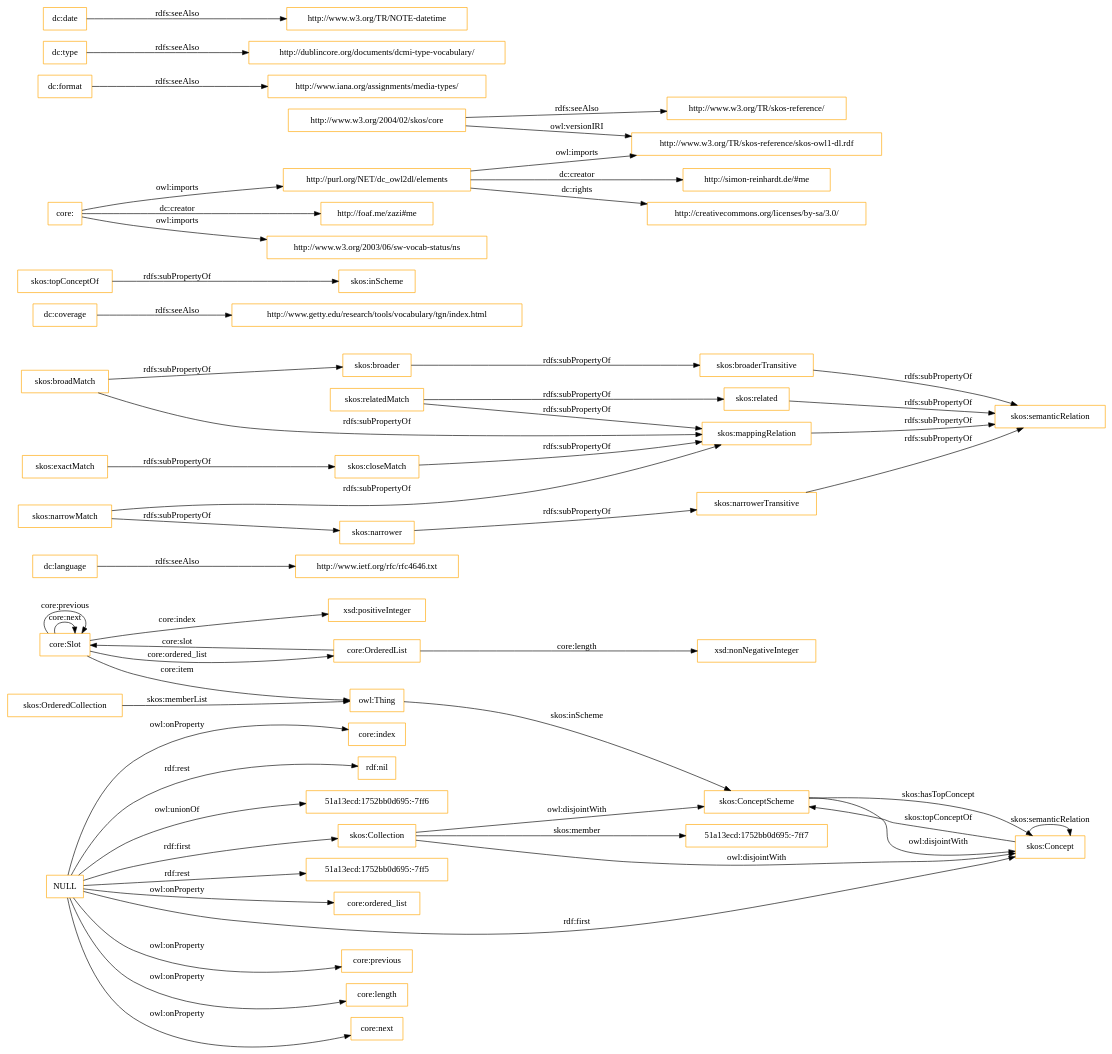
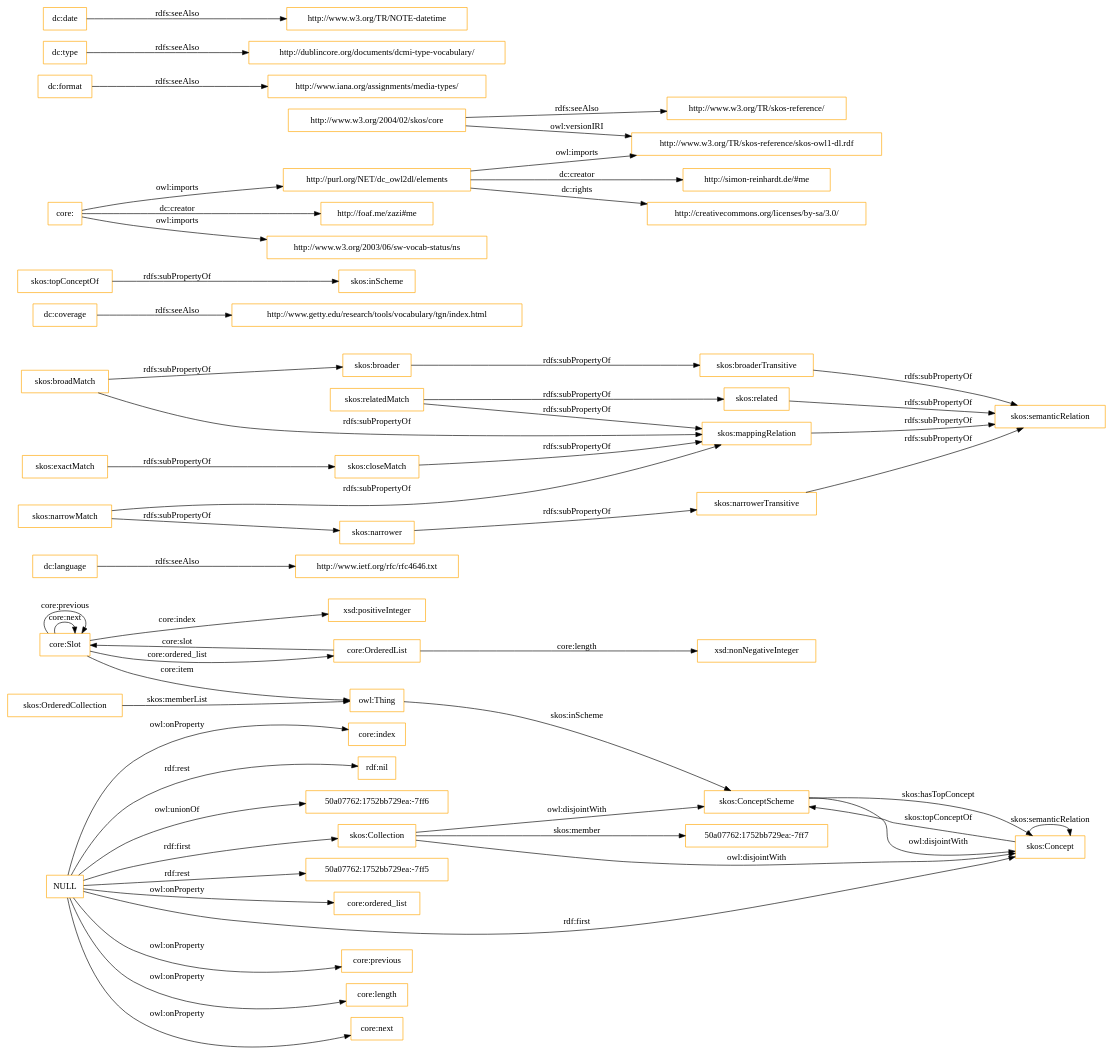
One commit to OnToologyUser/core-ontology-1 changed the diagram in OnToology/imports/core.owl/diagrams/ar2dtool-class/core.owl.png.dot. Above: the diagram before and after it, drawn with Graphviz. The commit also changed 14 other files, not shown here.

```diff
--- a/OnToology/imports/core.owl/diagrams/ar2dtool-class/core.owl.png.dot
+++ b/OnToology/imports/core.owl/diagrams/ar2dtool-class/core.owl.png.dot
@@ -1,60 +1,60 @@
 digraph ar2dtool_diagram { 
 rankdir=LR;
 size="1501"
-node [shape = rectangle, color="orange"]; "core:Slot" "core:OrderedList" "51a13ecd:1752bb0d695:-7ff7" "skos:OrderedCollection" "skos:Collection" "skos:ConceptScheme" "skos:Concept" ; /*classes style*/
+node [shape = rectangle, color="orange"]; "core:Slot" "core:OrderedList" "50a07762:1752bb729ea:-7ff7" "skos:OrderedCollection" "skos:Collection" "skos:ConceptScheme" "skos:Concept" ; /*classes style*/
 	"dc:language" -> "http://www.ietf.org/rfc/rfc4646.txt" [ label = "rdfs:seeAlso" ];
 	"NULL" -> "core:previous" [ label = "owl:onProperty" ];
 	"NULL" -> "core:length" [ label = "owl:onProperty" ];
 	"NULL" -> "skos:Concept" [ label = "rdf:first" ];
 	"NULL" -> "core:next" [ label = "owl:onProperty" ];
 	"NULL" -> "core:index" [ label = "owl:onProperty" ];
 	"NULL" -> "rdf:nil" [ label = "rdf:rest" ];
-	"NULL" -> "51a13ecd:1752bb0d695:-7ff6" [ label = "owl:unionOf" ];
-	"NULL" -> "51a13ecd:1752bb0d695:-7ff5" [ label = "rdf:rest" ];
+	"NULL" -> "50a07762:1752bb729ea:-7ff6" [ label = "owl:unionOf" ];
+	"NULL" -> "50a07762:1752bb729ea:-7ff5" [ label = "rdf:rest" ];
 	"NULL" -> "core:ordered_list" [ label = "owl:onProperty" ];
 	"NULL" -> "skos:Collection" [ label = "rdf:first" ];
 	"skos:closeMatch" -> "skos:mappingRelation" [ label = "rdfs:subPropertyOf" ];
 	"dc:coverage" -> "http://www.getty.edu/research/tools/vocabulary/tgn/index.html" [ label = "rdfs:seeAlso" ];
 	"skos:relatedMatch" -> "skos:related" [ label = "rdfs:subPropertyOf" ];
 	"skos:relatedMatch" -> "skos:mappingRelation" [ label = "rdfs:subPropertyOf" ];
 	"skos:ConceptScheme" -> "skos:Concept" [ label = "owl:disjointWith" ];
 	"skos:related" -> "skos:semanticRelation" [ label = "rdfs:subPropertyOf" ];
 	"skos:topConceptOf" -> "skos:inScheme" [ label = "rdfs:subPropertyOf" ];
 	"skos:broadMatch" -> "skos:broader" [ label = "rdfs:subPropertyOf" ];
 	"skos:broadMatch" -> "skos:mappingRelation" [ label = "rdfs:subPropertyOf" ];
 	"http://purl.org/NET/dc_owl2dl/elements" -> "http://www.w3.org/TR/skos-reference/skos-owl1-dl.rdf" [ label = "owl:imports" ];
 	"http://purl.org/NET/dc_owl2dl/elements" -> "http://creativecommons.org/licenses/by-sa/3.0/" [ label = "dc:rights" ];
 	"http://purl.org/NET/dc_owl2dl/elements" -> "http://simon-reinhardt.de/#me" [ label = "dc:creator" ];
 	"skos:exactMatch" -> "skos:closeMatch" [ label = "rdfs:subPropertyOf" ];
 	"dc:format" -> "http://www.iana.org/assignments/media-types/" [ label = "rdfs:seeAlso" ];
 	"core:" -> "http://foaf.me/zazi#me" [ label = "dc:creator" ];
 	"core:" -> "http://www.w3.org/2003/06/sw-vocab-status/ns" [ label = "owl:imports" ];
 	"core:" -> "http://purl.org/NET/dc_owl2dl/elements" [ label = "owl:imports" ];
 	"skos:broaderTransitive" -> "skos:semanticRelation" [ label = "rdfs:subPropertyOf" ];
 	"skos:mappingRelation" -> "skos:semanticRelation" [ label = "rdfs:subPropertyOf" ];
 	"skos:broader" -> "skos:broaderTransitive" [ label = "rdfs:subPropertyOf" ];
 	"dc:type" -> "http://dublincore.org/documents/dcmi-type-vocabulary/" [ label = "rdfs:seeAlso" ];
 	"http://www.w3.org/2004/02/skos/core" -> "http://www.w3.org/TR/skos-reference/skos-owl1-dl.rdf" [ label = "owl:versionIRI" ];
 	"http://www.w3.org/2004/02/skos/core" -> "http://www.w3.org/TR/skos-reference/" [ label = "rdfs:seeAlso" ];
 	"skos:Collection" -> "skos:ConceptScheme" [ label = "owl:disjointWith" ];
 	"skos:Collection" -> "skos:Concept" [ label = "owl:disjointWith" ];
 	"skos:narrowMatch" -> "skos:narrower" [ label = "rdfs:subPropertyOf" ];
 	"skos:narrowMatch" -> "skos:mappingRelation" [ label = "rdfs:subPropertyOf" ];
 	"skos:narrower" -> "skos:narrowerTransitive" [ label = "rdfs:subPropertyOf" ];
 	"dc:date" -> "http://www.w3.org/TR/NOTE-datetime" [ label = "rdfs:seeAlso" ];
 	"skos:narrowerTransitive" -> "skos:semanticRelation" [ label = "rdfs:subPropertyOf" ];
 	"core:Slot" -> "xsd:positiveInteger" [ label = "core:index" ];
 	"skos:Concept" -> "skos:ConceptScheme" [ label = "skos:topConceptOf" ];
 	"core:Slot" -> "owl:Thing" [ label = "core:item" ];
 	"core:OrderedList" -> "xsd:nonNegativeInteger" [ label = "core:length" ];
 	"core:OrderedList" -> "core:Slot" [ label = "core:slot" ];
-	"skos:Collection" -> "51a13ecd:1752bb0d695:-7ff7" [ label = "skos:member" ];
+	"skos:Collection" -> "50a07762:1752bb729ea:-7ff7" [ label = "skos:member" ];
 	"core:Slot" -> "core:Slot" [ label = "core:next" ];
 	"skos:ConceptScheme" -> "skos:Concept" [ label = "skos:hasTopConcept" ];
 	"owl:Thing" -> "skos:ConceptScheme" [ label = "skos:inScheme" ];
 	"core:Slot" -> "core:Slot" [ label = "core:previous" ];
 	"skos:OrderedCollection" -> "owl:Thing" [ label = "skos:memberList" ];
 	"skos:Concept" -> "skos:Concept" [ label = "skos:semanticRelation" ];
 	"core:Slot" -> "core:OrderedList" [ label = "core:ordered_list" ];
 
 }
```
